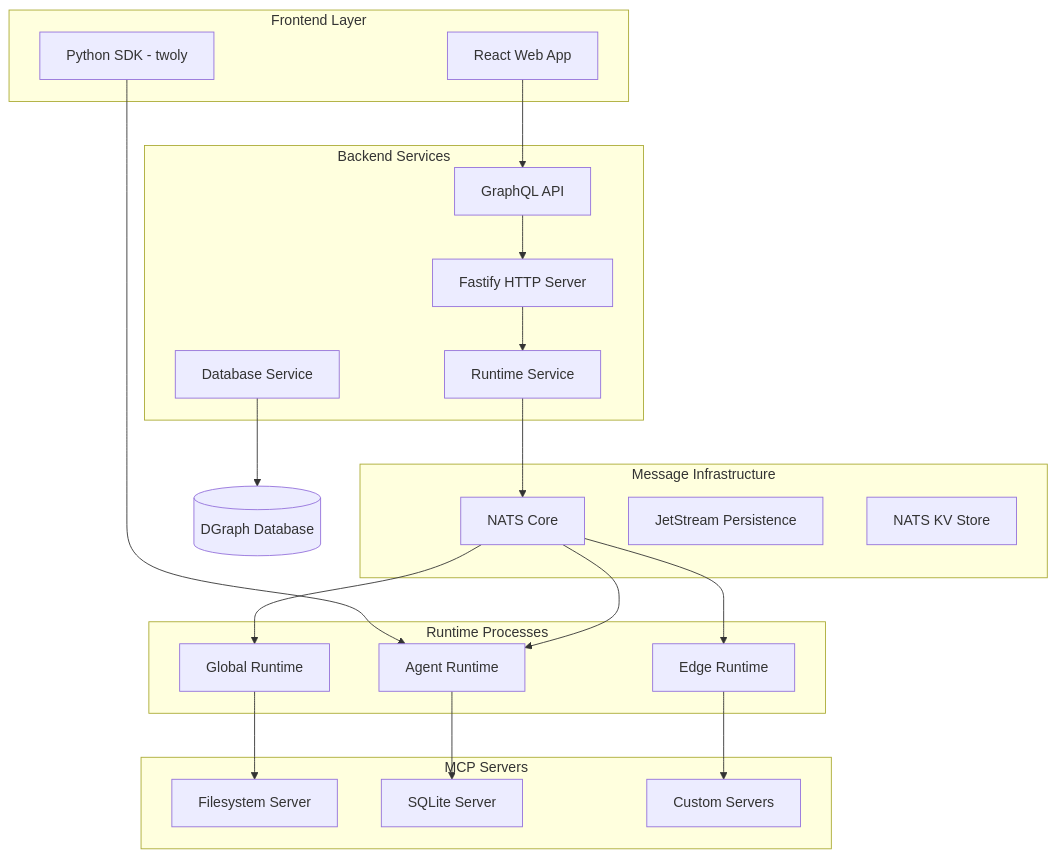
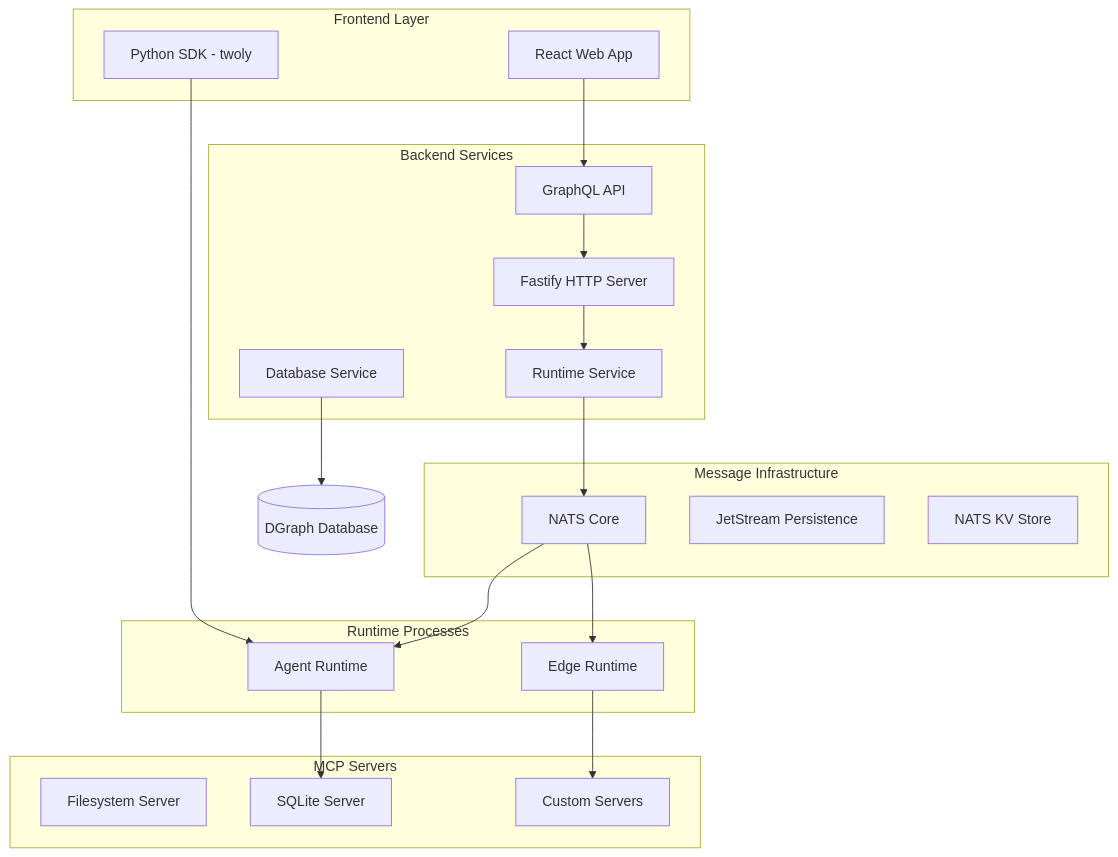
Before and after one commit to AlpinAI/2ly: the diagram in packages/doc/content/docs/deep-dive/architecture-detailed.mdx, drawn with Mermaid. The commit also changed other lines of this file and 129 other files, not shown here.

````diff
--- a/packages/doc/content/docs/deep-dive/architecture-detailed.mdx
+++ b/packages/doc/content/docs/deep-dive/architecture-detailed.mdx
@@ -25,48 +25,45 @@
 ```mermaid
 graph TB
     subgraph "Frontend Layer"
         Web[React Web App]
         SDK[Python SDK - twoly]
     end
 
     subgraph "Backend Services"
         GraphQL[GraphQL API]
         FastifyAPI[Fastify HTTP Server]
         RuntimeService[Runtime Service]
         DGraphService[Database Service]
     end
 
     subgraph "Message Infrastructure"
         NATS[NATS Core]
         JetStream[JetStream Persistence]
         KVStore[NATS KV Store]
     end
 
     subgraph "Runtime Processes"
-        GlobalRuntime[Global Runtime]
         AgentRuntime[Agent Runtime]
         EdgeRuntime[Edge Runtime]
     end
 
     subgraph "MCP Servers"
         FileSystem[Filesystem Server]
         Database[SQLite Server]
         CustomTools[Custom Servers]
     end
 
     Web --> GraphQL
     SDK --> AgentRuntime
 
     GraphQL --> FastifyAPI
     FastifyAPI --> RuntimeService
     RuntimeService --> NATS
     DGraphService --> DGraph[(DGraph Database)]
 
-    NATS --> GlobalRuntime
     NATS --> AgentRuntime
     NATS --> EdgeRuntime
 
-    GlobalRuntime --> FileSystem
     AgentRuntime --> Database
     EdgeRuntime --> CustomTools
 ```
````
